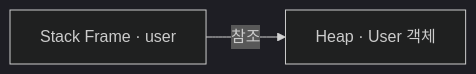
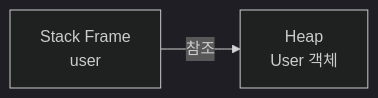
Before and after one commit to SangCheonP/Tech-Interview: the fifth of 7 diagrams in Language/Java/JVM/03. Stack과 Heap.md, drawn with Mermaid (dark theme). The commit also changed other lines of this file, not shown here.

Commit message:
docs: center multiline JVM diagram labels

````diff
--- a/Language/Java/JVM/03. Stack과 Heap.md
+++ b/Language/Java/JVM/03. Stack과 Heap.md
@@ -221,4 +221,4 @@
 ```mermaid
 flowchart LR
-    user["Stack Frame · user"] -->|참조| object["Heap · User 객체"]
+    user["Stack Frame<br/>user"] -->|참조| object["Heap<br/>User 객체"]
 ```
````
